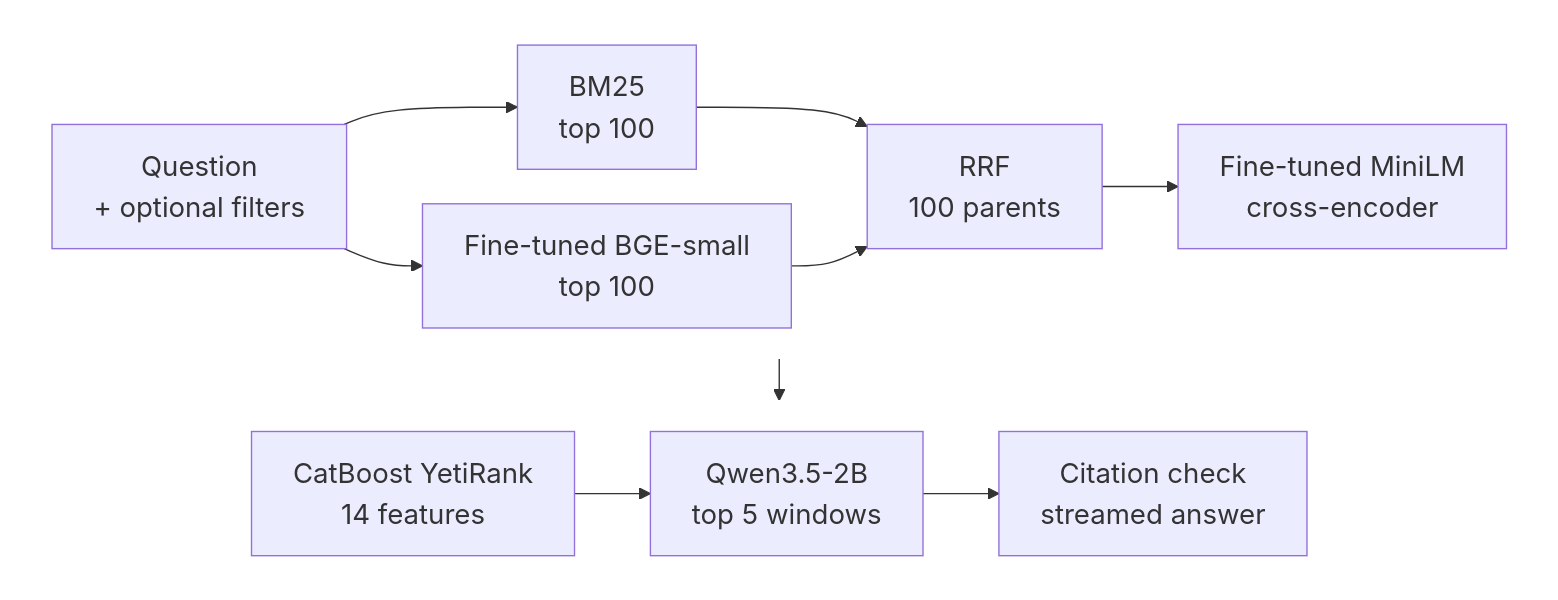
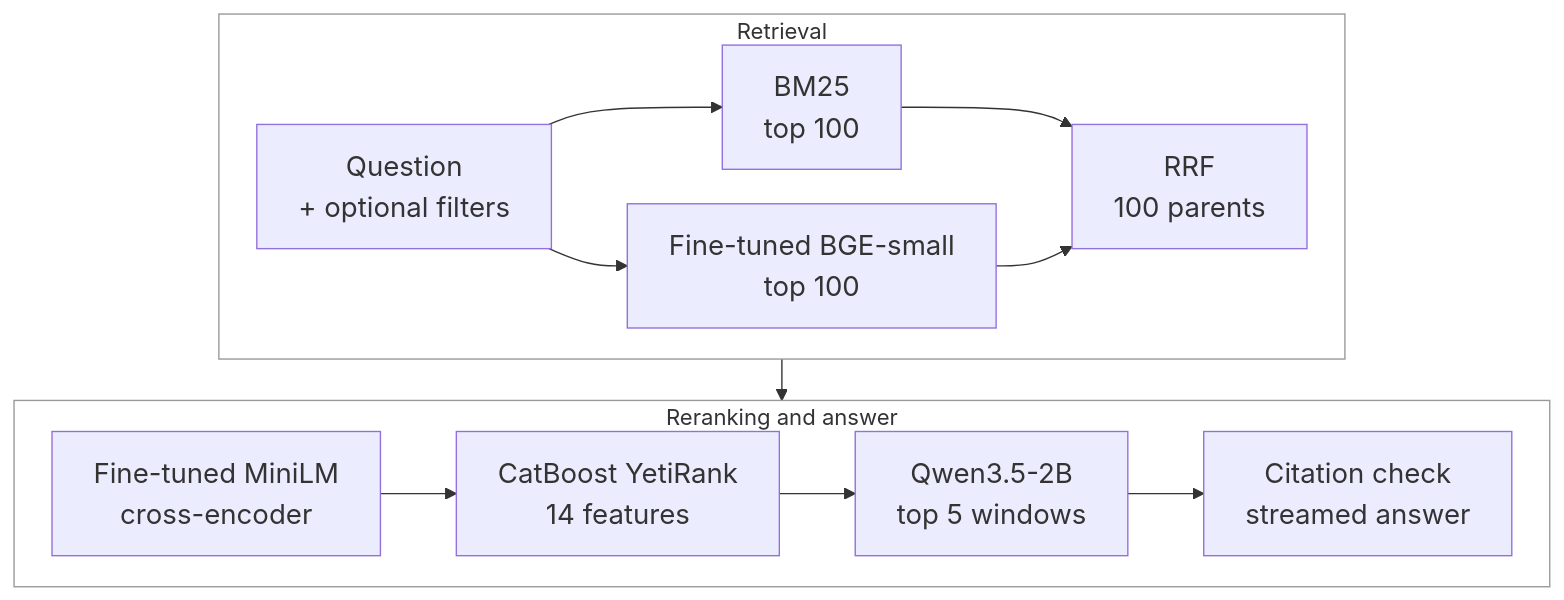
Before and after one commit to flaretensor/ledgerlight: the diagram in README.md, drawn with Mermaid.

Commit message:
style(readme): group the pipeline diagram by stage

````diff
--- a/README.md
+++ b/README.md
@@ -11,30 +11,29 @@
 ```mermaid
 %%{init: {"flowchart": {"nodeSpacing": 25, "rankSpacing": 30, "wrappingWidth": 300}}}%%
 flowchart TB
     classDef default font-size:20px;
 
-    subgraph ROW1[" "]
+    subgraph ROW1["Retrieval"]
         direction LR
         Q["Question<br/>+ optional filters"]
         B["BM25<br/>top 100"]
         D["Fine-tuned BGE-small<br/>top 100"]
         R["RRF<br/>100 parents"]
-        C["Fine-tuned MiniLM<br/>cross-encoder"]
         Q --> B --> R
         Q --> D --> R
-        R --> C
     end
 
-    subgraph ROW2[" "]
+    subgraph ROW2["Reranking and answer"]
         direction LR
+        C["Fine-tuned MiniLM<br/>cross-encoder"]
         L["CatBoost YetiRank<br/>14 features"]
         G["Qwen3.5-2B<br/>top 5 windows"]
         V["Citation check<br/>streamed answer"]
-        L --> G --> V
+        C --> L --> G --> V
     end
 
     ROW1 --> ROW2
 
-    style ROW1 fill:none,stroke:none
-    style ROW2 fill:none,stroke:none
+    style ROW1 fill:none,stroke:#999
+    style ROW2 fill:none,stroke:#999
 ```
````
